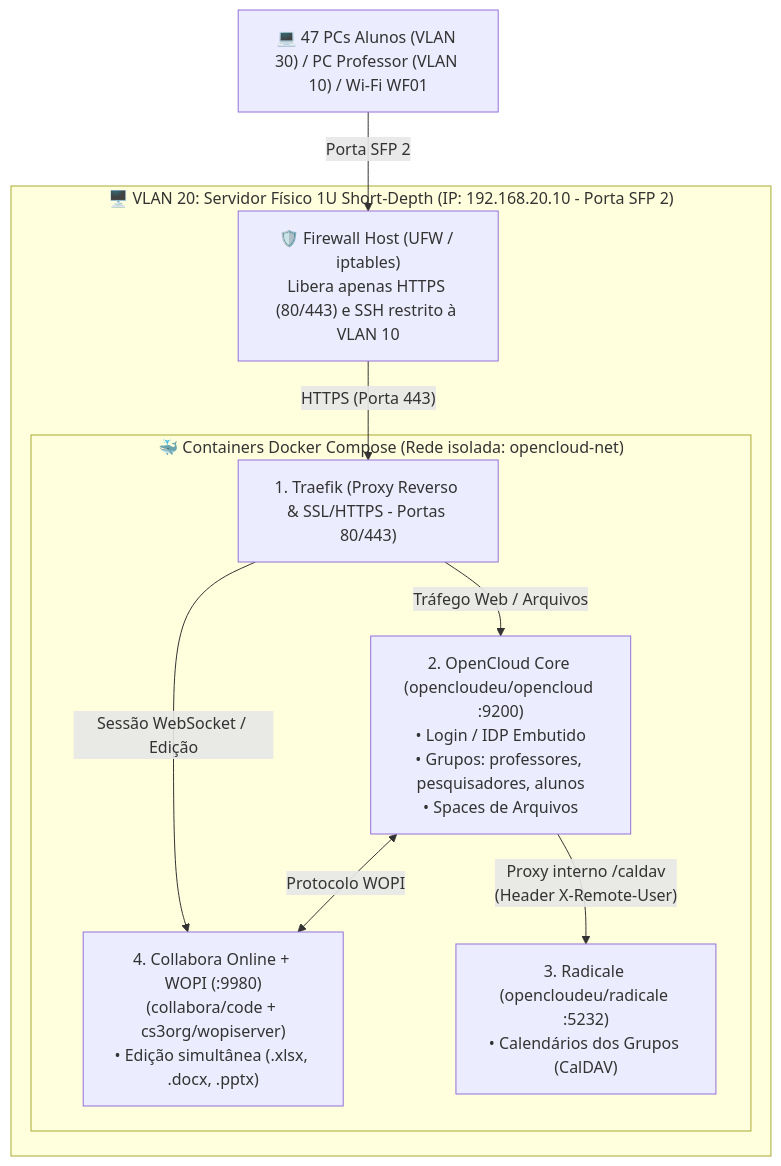
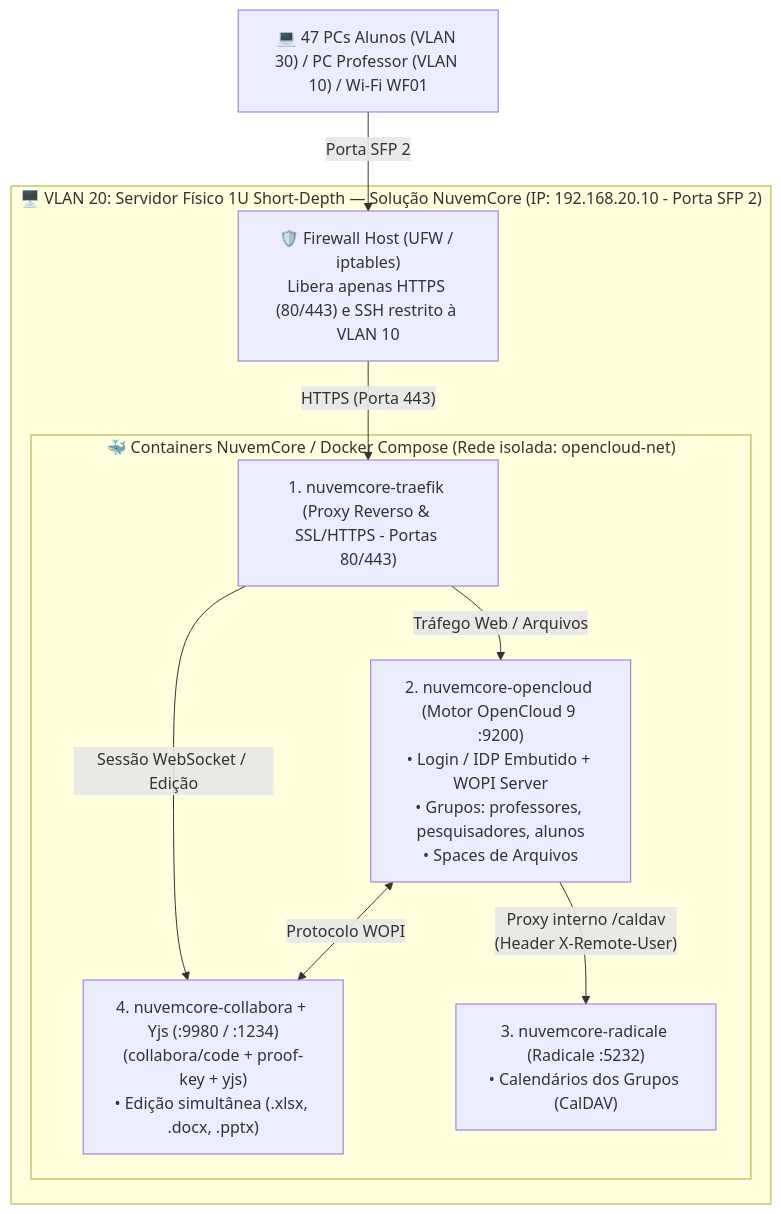
Before and after one commit to ArthurSVieira/LabRedes: the diagram in docs/projeto-logico.md, drawn with Mermaid. The commit also changed 7 other files, not shown here.

Commit message:
chora: alteracoes para servico NuvemCore

````diff
--- a/docs/projeto-logico.md
+++ b/docs/projeto-logico.md
@@ -77,22 +77,22 @@
 ```mermaid
 flowchart TD
     Clients["💻 47 PCs Alunos (VLAN 30) / PC Professor (VLAN 10) / Wi-Fi WF01"]
     
-    subgraph Host["🖥️ VLAN 20: Servidor Físico 1U Short-Depth (IP: 192.168.20.10 - Porta SFP 2)"]
+    subgraph Host["🖥️ VLAN 20: Servidor Físico 1U Short-Depth — Solução NuvemCore (IP: 192.168.20.10 - Porta SFP 2)"]
         UFW["🛡️ Firewall Host (UFW / iptables)<br/>Libera apenas HTTPS (80/443) e SSH restrito à VLAN 10"]
         
-        subgraph Docker["🐳 Containers Docker Compose (Rede isolada: opencloud-net)"]
-            Traefik["1. Traefik (Proxy Reverso & SSL/HTTPS - Portas 80/443)"]
-            OpenCloud["2. OpenCloud Core (opencloudeu/opencloud :9200)<br/>• Login / IDP Embutido<br/>• Grupos: professores, pesquisadores, alunos<br/>• Spaces de Arquivos"]
-            Collabora["4. Collabora Online + WOPI (:9980)<br/>(collabora/code + cs3org/wopiserver)<br/>• Edição simultânea (.xlsx, .docx, .pptx)"]
-            Radicale["3. Radicale (opencloudeu/radicale :5232)<br/>• Calendários dos Grupos (CalDAV)"]
+        subgraph Docker["🐳 Containers NuvemCore / Docker Compose (Rede isolada: opencloud-net)"]
+            Traefik["1. nuvemcore-traefik (Proxy Reverso & SSL/HTTPS - Portas 80/443)"]
+            OpenCloud["2. nuvemcore-opencloud (Motor OpenCloud 9 :9200)<br/>• Login / IDP Embutido + WOPI Server<br/>• Grupos: professores, pesquisadores, alunos<br/>• Spaces de Arquivos"]
+            Collabora["4. nuvemcore-collabora + Yjs (:9980 / :1234)<br/>(collabora/code + proof-key + yjs)<br/>• Edição simultânea (.xlsx, .docx, .pptx)"]
+            Radicale["3. nuvemcore-radicale (Radicale :5232)<br/>• Calendários dos Grupos (CalDAV)"]
         end
     end
 
     Clients -->|"Porta SFP 2"| UFW
     UFW -->|"HTTPS (Porta 443)"| Traefik
     Traefik -->|"Tráfego Web / Arquivos"| OpenCloud
     Traefik -->|"Sessão WebSocket / Edição"| Collabora
     OpenCloud <-->|"Protocolo WOPI"| Collabora
     OpenCloud -->|"Proxy interno /caldav<br/>(Header X-Remote-User)"| Radicale
 ```
````
